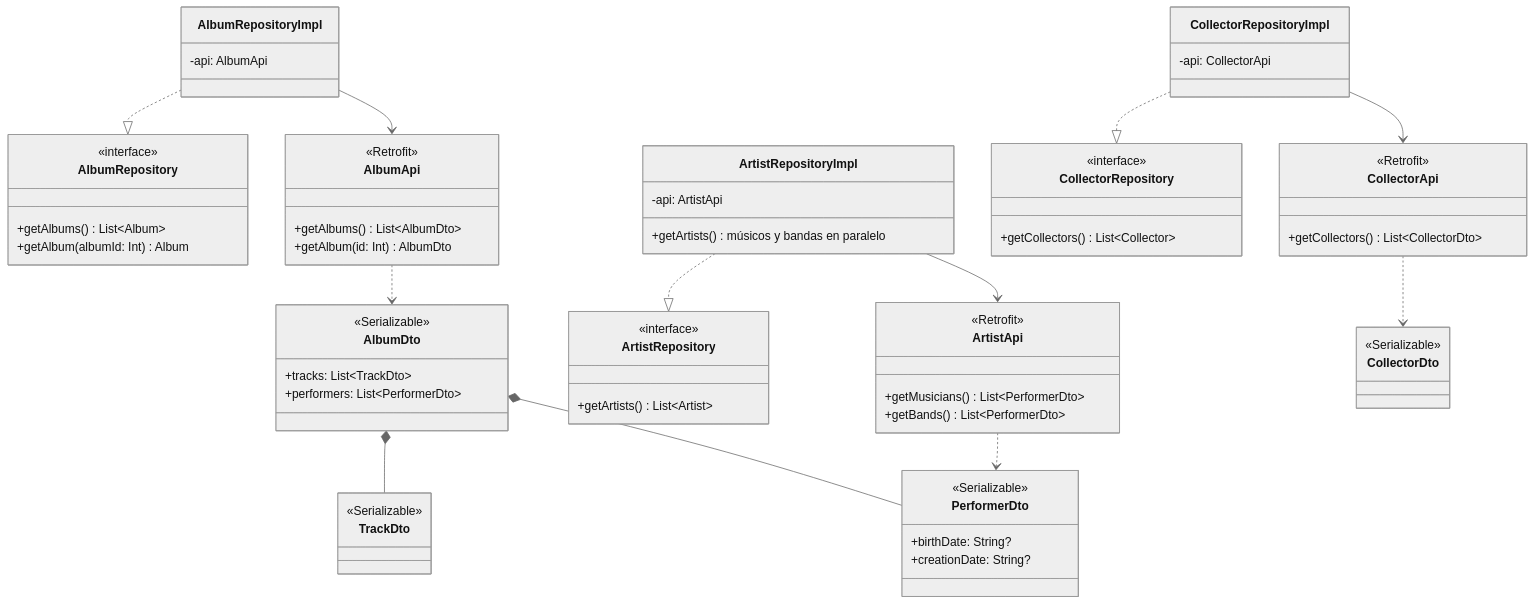
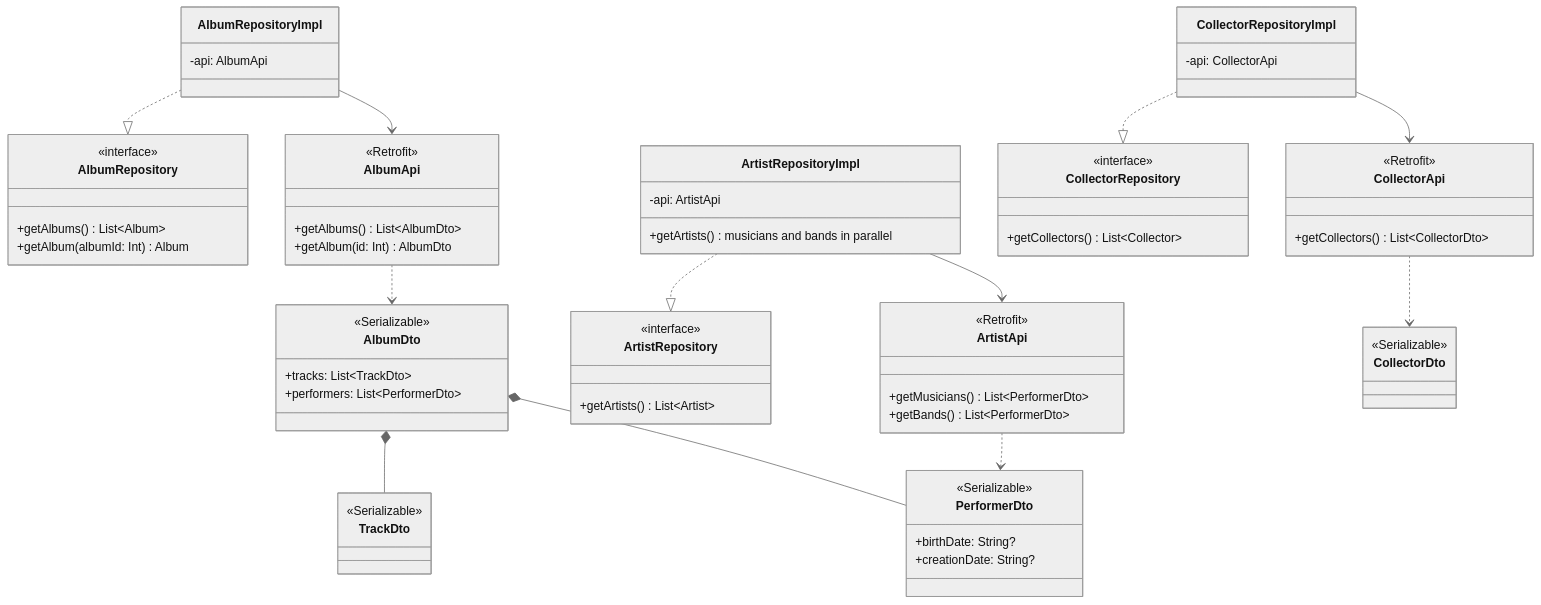
One commit to jhon0520/Andes-Vynils-App changed the second of 8 diagrams in docs/wiki/Sprint-1-Diseno-arquitectonico.md. Above: the diagram before and after it, drawn with Mermaid (neutral theme). The commit also changed other lines of this file and 24 other files, not shown here.

````diff
--- a/docs/wiki/Sprint-1-Diseno-arquitectonico.md
+++ b/docs/wiki/Sprint-1-Diseno-arquitectonico.md
@@ -229,69 +198,69 @@
 ```mermaid
 classDiagram
     direction TB
     class AlbumRepository {
         <<interface>>
         +getAlbums() List~Album~
         +getAlbum(albumId: Int) Album
     }
     class ArtistRepository {
         <<interface>>
         +getArtists() List~Artist~
     }
     class CollectorRepository {
         <<interface>>
         +getCollectors() List~Collector~
     }
     class AlbumRepositoryImpl {
         -api: AlbumApi
     }
     class ArtistRepositoryImpl {
         -api: ArtistApi
-        +getArtists() músicos y bandas en paralelo
+        +getArtists() musicians and bands in parallel
     }
     class CollectorRepositoryImpl {
         -api: CollectorApi
     }
     class AlbumApi {
         <<Retrofit>>
         +getAlbums() List~AlbumDto~
         +getAlbum(id: Int) AlbumDto
     }
     class ArtistApi {
         <<Retrofit>>
         +getMusicians() List~PerformerDto~
         +getBands() List~PerformerDto~
     }
     class CollectorApi {
         <<Retrofit>>
         +getCollectors() List~CollectorDto~
     }
     class AlbumDto {
         <<Serializable>>
         +tracks: List~TrackDto~
         +performers: List~PerformerDto~
     }
     class TrackDto {
         <<Serializable>>
     }
     class PerformerDto {
         <<Serializable>>
         +birthDate: String?
         +creationDate: String?
     }
     class CollectorDto {
         <<Serializable>>
     }
 
     AlbumRepositoryImpl ..|> AlbumRepository
     ArtistRepositoryImpl ..|> ArtistRepository
     CollectorRepositoryImpl ..|> CollectorRepository
     AlbumRepositoryImpl --> AlbumApi
     ArtistRepositoryImpl --> ArtistApi
     CollectorRepositoryImpl --> CollectorApi
     AlbumApi ..> AlbumDto
     ArtistApi ..> PerformerDto
     CollectorApi ..> CollectorDto
     AlbumDto *-- TrackDto
     AlbumDto *-- PerformerDto
 ```
````
